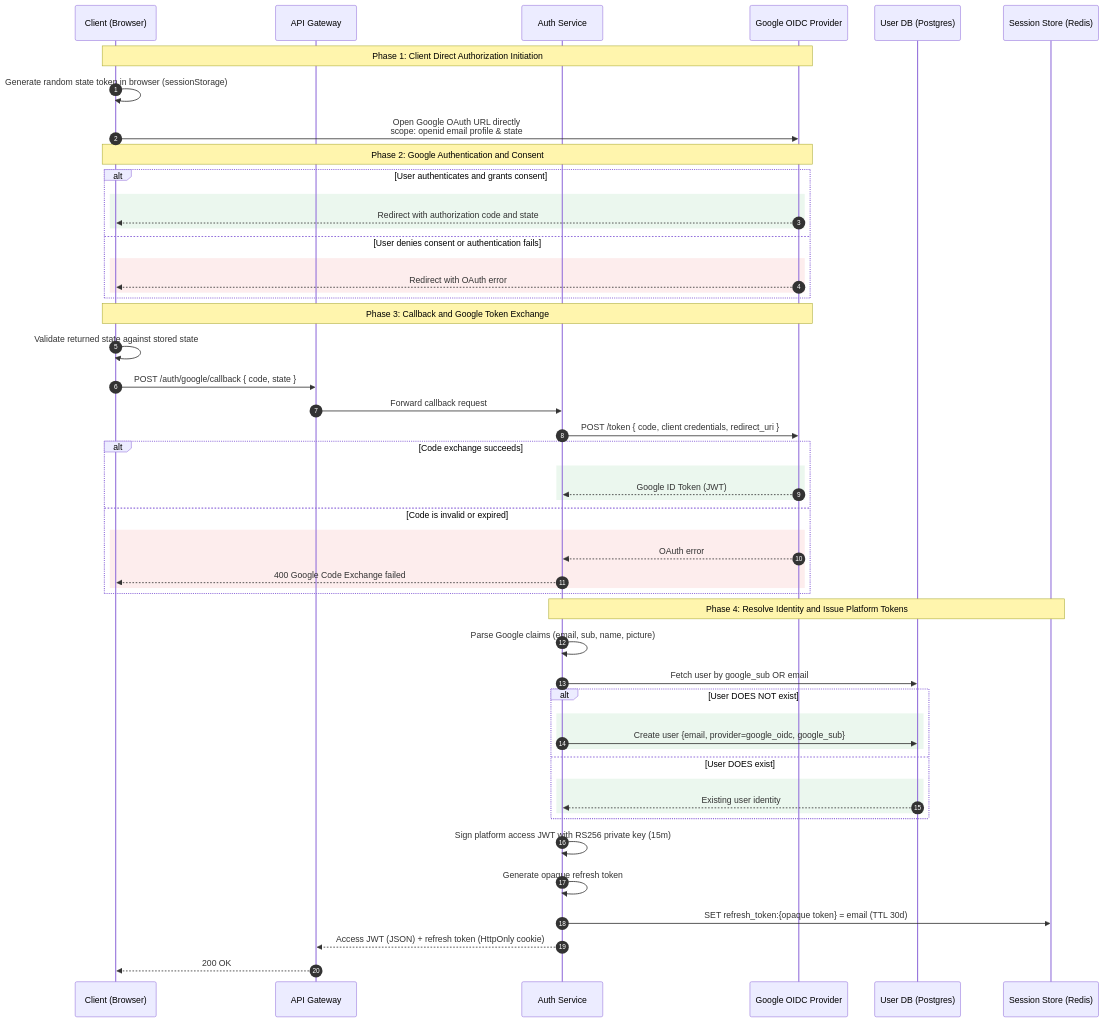
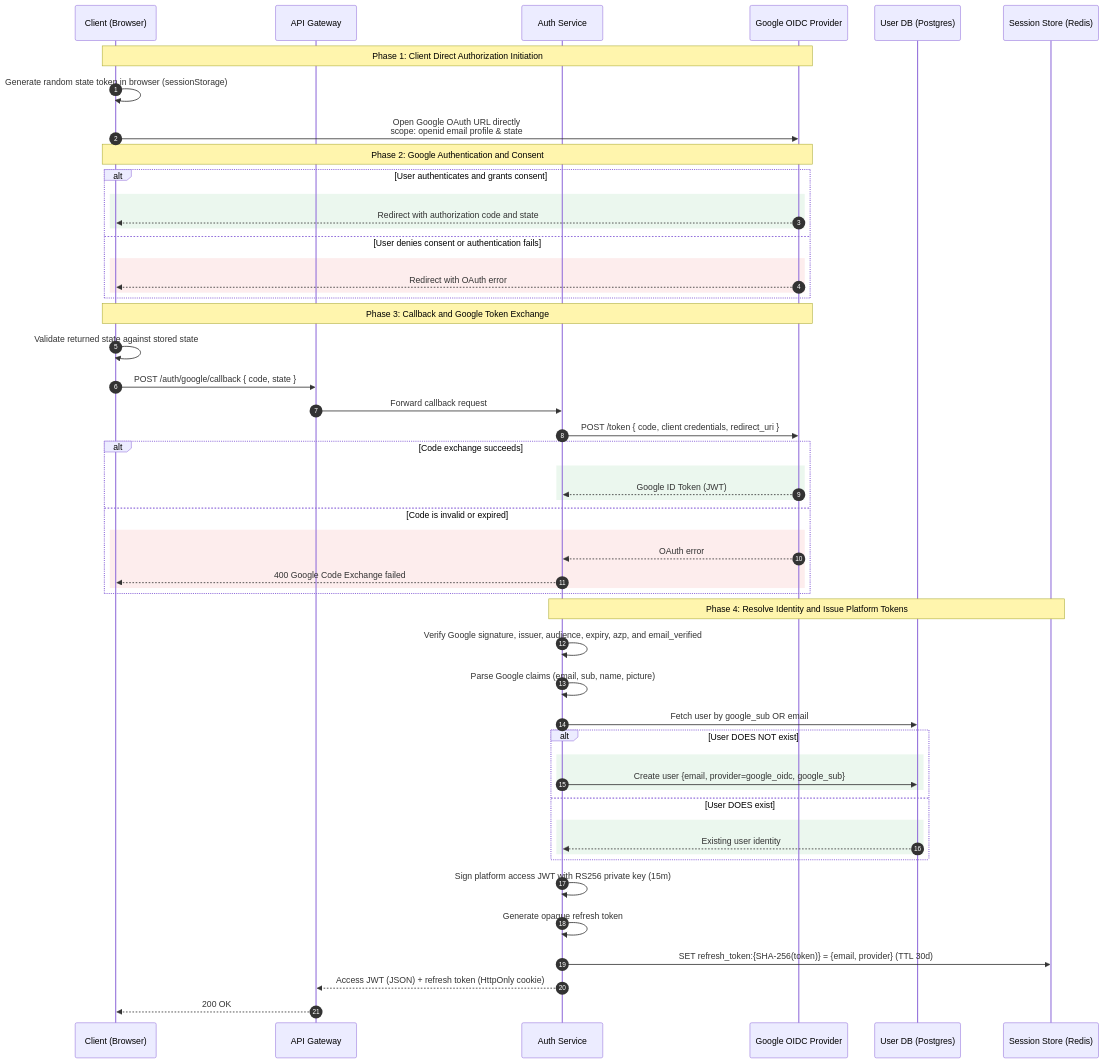
The second of 4 diagrams in design/auth/01-auth-flow.md (boycececil666gmailcom/Microservice-Auth-Platform), drawn with Mermaid before and after one commit. The commit also changed other lines of this file and 78 other files, not shown here.

````diff
--- a/design/auth/01-auth-flow.md
+++ b/design/auth/01-auth-flow.md
@@ -46,62 +46,63 @@
 ```mermaid
 sequenceDiagram
     autonumber
     participant C as Client (Browser)
     participant G as API Gateway
     participant A as Auth Service
     participant GO as Google OIDC Provider
     participant PG as User DB (Postgres)
     participant R as Session Store (Redis)
 
     Note over C,GO: Phase 1: Client Direct Authorization Initiation
     C->>C: Generate random state token in browser (sessionStorage)
     C->>GO: Open Google OAuth URL directly<br/>scope: openid email profile & state
 
     Note over C,GO: Phase 2: Google Authentication and Consent
     alt User authenticates and grants consent
         rect rgb(235, 247, 238)
             GO-->>C: Redirect with authorization code and state
         end
     else User denies consent or authentication fails
         rect rgb(253, 237, 237)
             GO-->>C: Redirect with OAuth error
         end
     end
 
     Note over C,GO: Phase 3: Callback and Google Token Exchange
     C->>C: Validate returned state against stored state
     C->>G: POST /auth/google/callback { code, state }
     G->>A: Forward callback request
     A->>GO: POST /token { code, client credentials, redirect_uri }
     alt Code exchange succeeds
         rect rgb(235, 247, 238)
             GO-->>A: Google ID Token (JWT)
         end
     else Code is invalid or expired
         rect rgb(253, 237, 237)
             GO-->>A: OAuth error
             A-->>C: 400 Google Code Exchange failed
         end
     end
 
     Note over A,R: Phase 4: Resolve Identity and Issue Platform Tokens
+    A->>A: Verify Google signature, issuer, audience, expiry, azp, and email_verified
     A->>A: Parse Google claims (email, sub, name, picture)
     A->>PG: Fetch user by google_sub OR email
 
     alt User DOES NOT exist
         rect rgb(235, 247, 238)
             A->>PG: Create user {email, provider=google_oidc, google_sub}
         end
     else User DOES exist
         rect rgb(235, 247, 238)
             PG-->>A: Existing user identity
         end
     end
 
     A->>A: Sign platform access JWT with RS256 private key (15m)
     A->>A: Generate opaque refresh token
-    A->>R: SET refresh_token:{opaque token} = email (TTL 30d)
+    A->>R: SET refresh_token:{SHA-256(token)} = {email, provider} (TTL 30d)
 
     A-->>G: Access JWT (JSON) + refresh token (HttpOnly cookie)
     G-->>C: 200 OK
 ```
````
